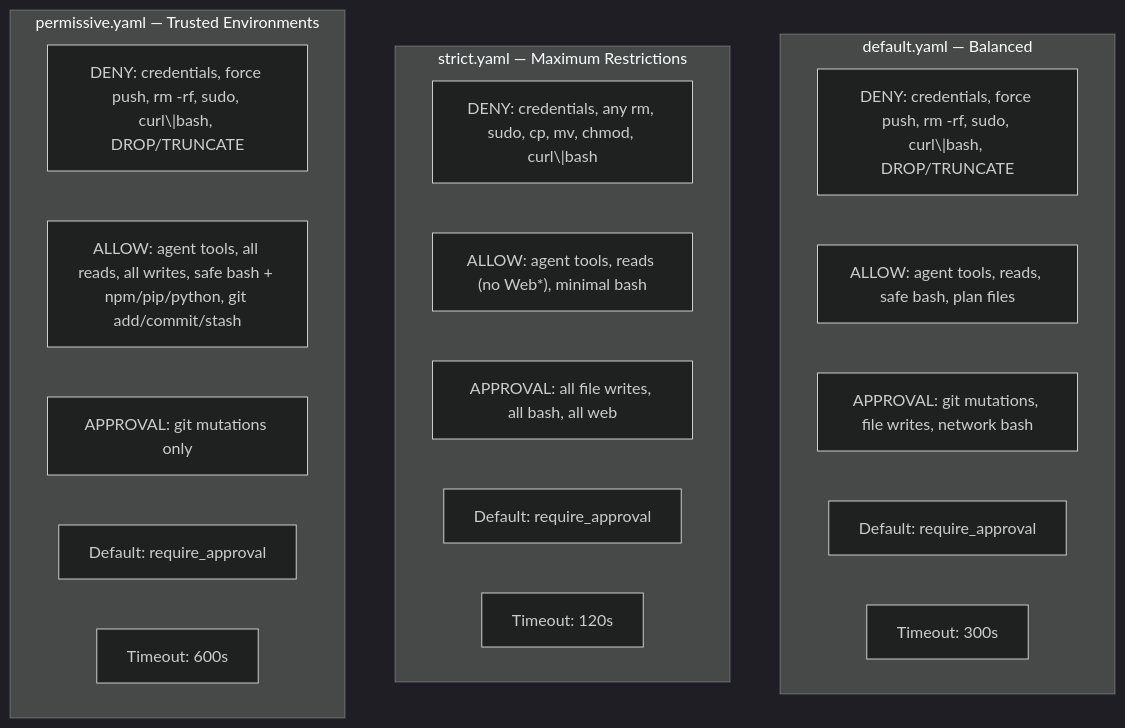
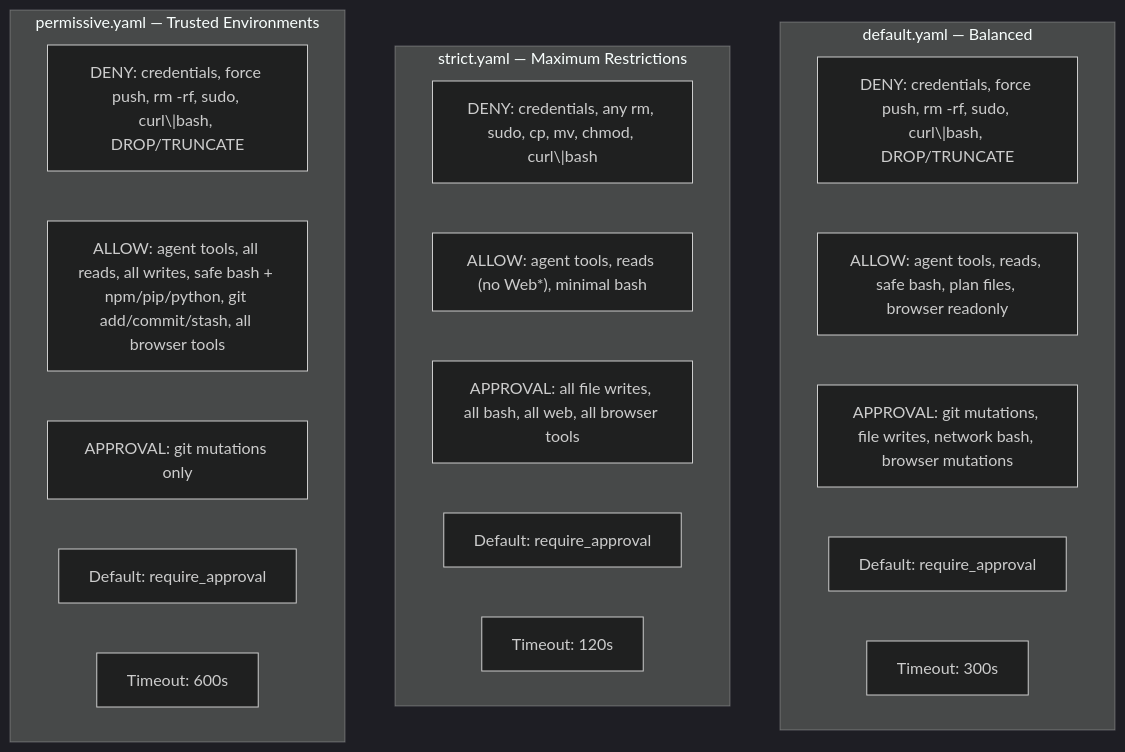
Before and after one commit to nodenova/tether: the second of 2 diagrams in docs/policies.md, drawn with Mermaid (dark theme). The commit also changed other lines of this file and 76 other files, not shown here.

````diff
--- a/docs/policies.md
+++ b/docs/policies.md
@@ -98,26 +98,26 @@
 ```mermaid
 flowchart TB
     subgraph Default["default.yaml — Balanced"]
         d_deny["DENY: credentials, force push, rm -rf, sudo, curl\|bash, DROP/TRUNCATE"]
-        d_allow["ALLOW: agent tools, reads, safe bash, plan files"]
-        d_approval["APPROVAL: git mutations, file writes, network bash"]
+        d_allow["ALLOW: agent tools, reads, safe bash, plan files, browser readonly"]
+        d_approval["APPROVAL: git mutations, file writes, network bash, browser mutations"]
         d_default["Default: require_approval"]
         d_timeout["Timeout: 300s"]
     end
 
     subgraph Strict["strict.yaml — Maximum Restrictions"]
         s_deny["DENY: credentials, any rm, sudo, cp, mv, chmod, curl\|bash"]
         s_allow["ALLOW: agent tools, reads (no Web*), minimal bash"]
-        s_approval["APPROVAL: all file writes, all bash, all web"]
+        s_approval["APPROVAL: all file writes, all bash, all web, all browser tools"]
         s_default["Default: require_approval"]
         s_timeout["Timeout: 120s"]
     end
 
     subgraph Permissive["permissive.yaml — Trusted Environments"]
         p_deny["DENY: credentials, force push, rm -rf, sudo, curl\|bash, DROP/TRUNCATE"]
-        p_allow["ALLOW: agent tools, all reads, all writes, safe bash + npm/pip/python, git add/commit/stash"]
+        p_allow["ALLOW: agent tools, all reads, all writes, safe bash + npm/pip/python, git add/commit/stash, all browser tools"]
         p_approval["APPROVAL: git mutations only"]
         p_default["Default: require_approval"]
         p_timeout["Timeout: 600s"]
     end
 ```
````
